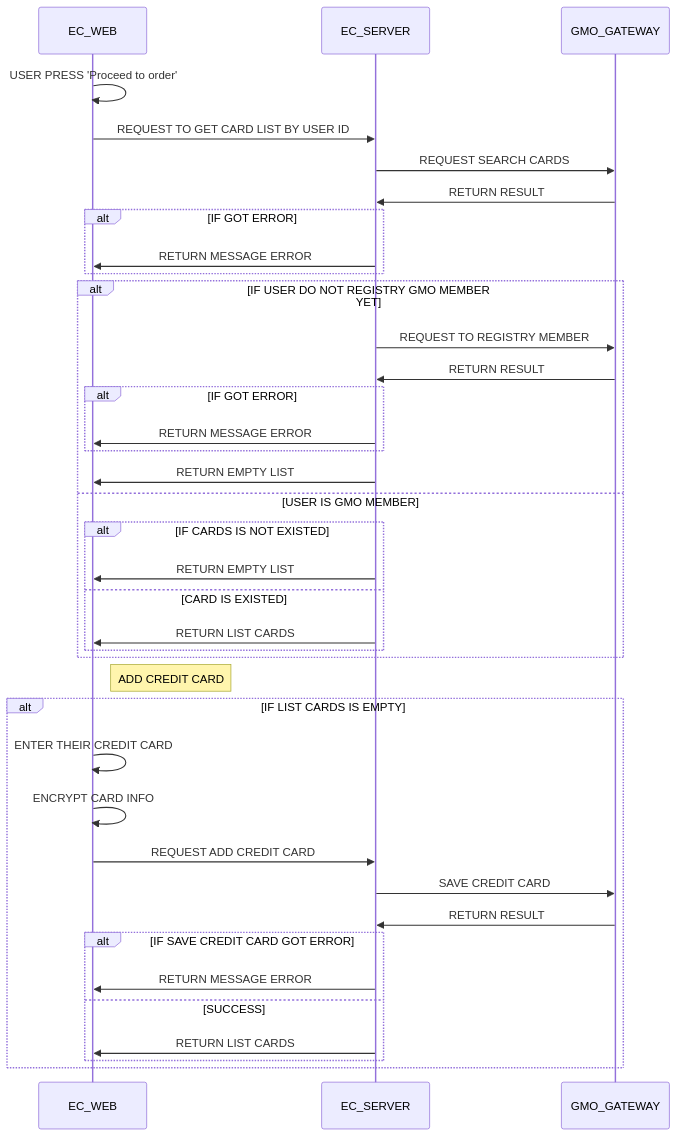
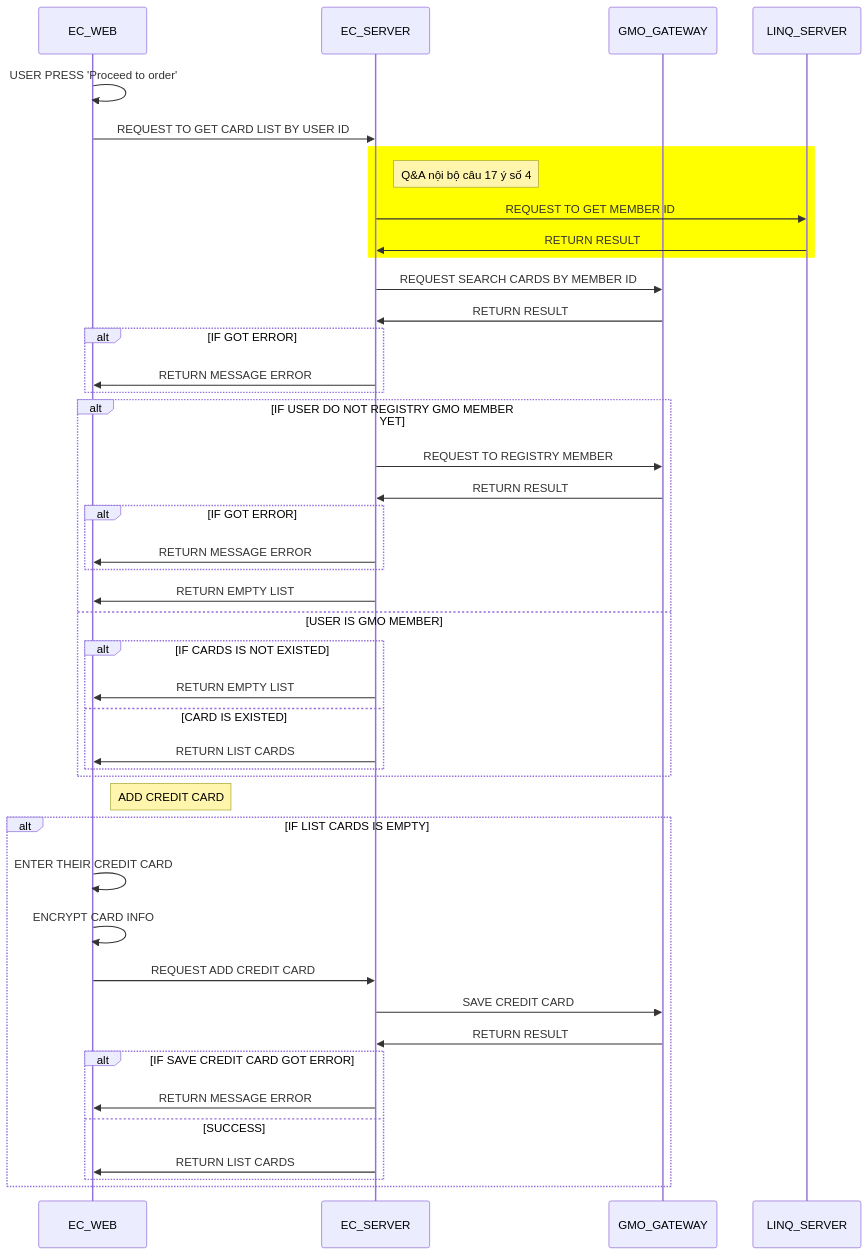
One commit to vutran260/Ecommerce-API changed the third of 4 diagrams in README.md. Above: the diagram before and after it, drawn with Mermaid. The commit also changed other lines of this file, not shown here.

Commit message:
update credit card flow

````diff
--- a/README.md
+++ b/README.md
@@ -681,44 +684,50 @@
 ```mermaid
 sequenceDiagram
     participant W AS EC_WEB
     participant SV AS EC_SERVER
     participant GG AS GMO_GATEWAY
+    participant LQ AS LINQ_SERVER
 
     W->>W: USER PRESS 'Proceed to order'
     W->>SV: REQUEST TO GET CARD LIST BY USER ID
-    SV->>GG: REQUEST SEARCH CARDS
+    rect rgb(255,255,0)
+    NOTE RIGHT OF SV: Q&A nội bộ câu 17 ý số 4
+    SV->>LQ: REQUEST TO GET MEMBER ID
+    LQ ->> SV: RETURN RESULT
+    END
+    SV->>GG: REQUEST SEARCH CARDS BY MEMBER ID
     GG->> SV: RETURN RESULT
 
     ALT IF GOT ERROR
         SV->>W: RETURN MESSAGE ERROR
     END
 
     ALT IF USER DO NOT REGISTRY GMO MEMBER YET
        SV->>GG: REQUEST TO REGISTRY MEMBER
        GG->>SV: RETURN RESULT
         ALT IF GOT ERROR
         SV->>W: RETURN MESSAGE ERROR
         END
        SV->>W: RETURN EMPTY LIST
     ELSE USER IS GMO MEMBER
        ALT  IF CARDS IS NOT EXISTED
        SV->>W: RETURN EMPTY LIST
        ELSE CARD IS EXISTED
        SV->>W: RETURN LIST CARDS
        END
     END
 
     NOTE RIGHT OF W : ADD CREDIT CARD
     ALT IF LIST CARDS IS EMPTY
         W->>W: ENTER THEIR CREDIT CARD
         W->>W: ENCRYPT CARD INFO
         W->>SV: REQUEST ADD CREDIT CARD
         SV->>GG: SAVE CREDIT CARD
         GG->>SV: RETURN RESULT
         ALT IF SAVE CREDIT CARD GOT ERROR
             SV->>W: RETURN MESSAGE ERROR
         ELSE SUCCESS
             SV->>W: RETURN LIST CARDS
         END
     END
 ```
````
